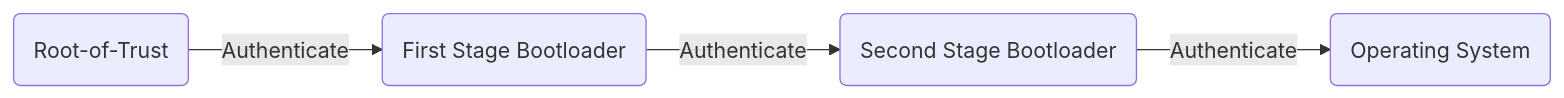
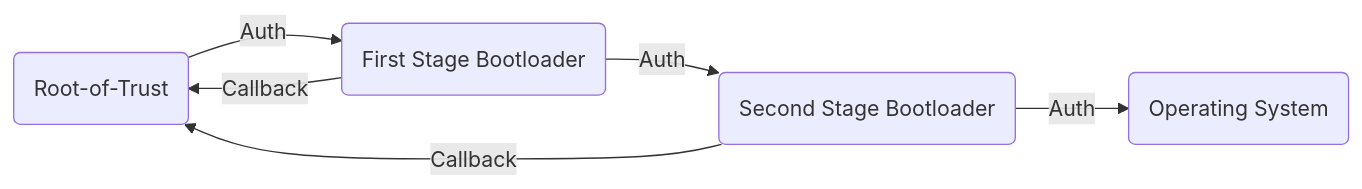
The third of 10 diagrams in security/secure_boot.md (orjangj/cookbook), drawn with Mermaid before and after one commit. The commit also changed other lines of this file and 1 other file, not shown here.

````diff
--- a/security/secure_boot.md
+++ b/security/secure_boot.md
@@ -57,6 +166,8 @@
 ```mermaid
 flowchart LR
-    A(Root-of-Trust) -->|Authenticate| B(First Stage Bootloader)
-    B -->|Authenticate| C(Second Stage Bootloader)
-    C -->|Authenticate| D(Operating System)
+    A(Root-of-Trust) -->|Auth| B(First Stage Bootloader)
+    B -->|Callback| A
+    B -->|Auth| C(Second Stage Bootloader)
+    C -->|Callback| A
+    C -->|Auth| D(Operating System)
 ```
````
